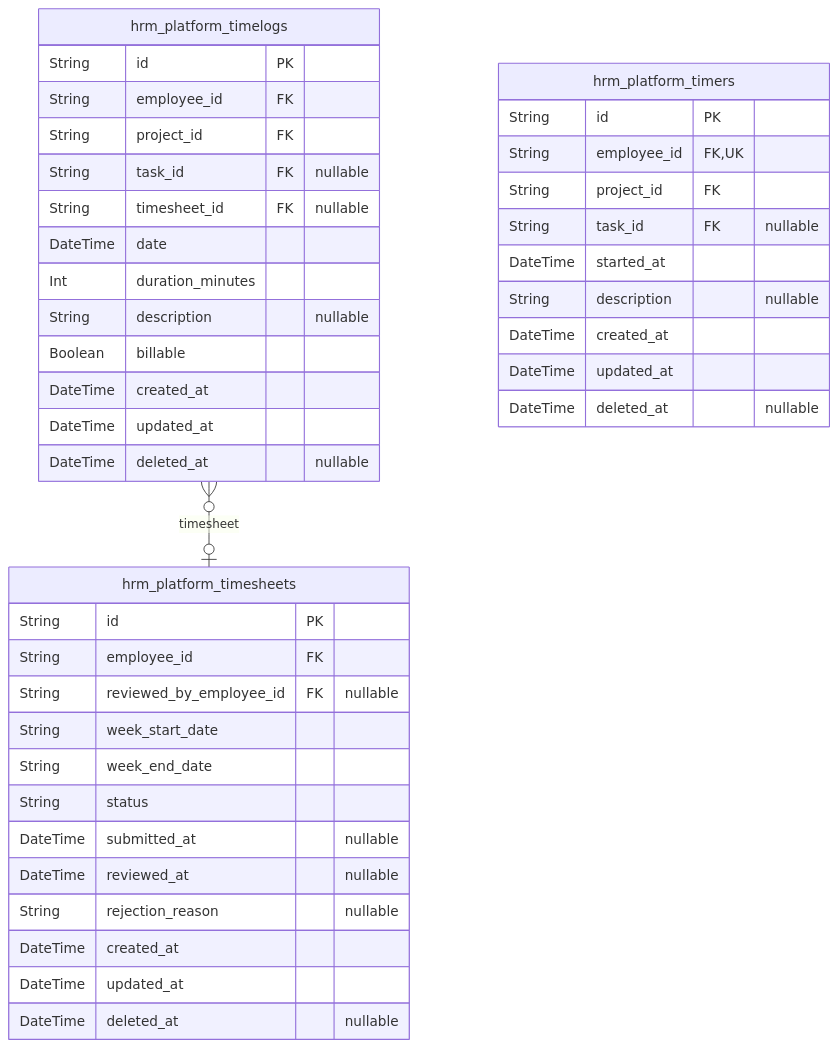
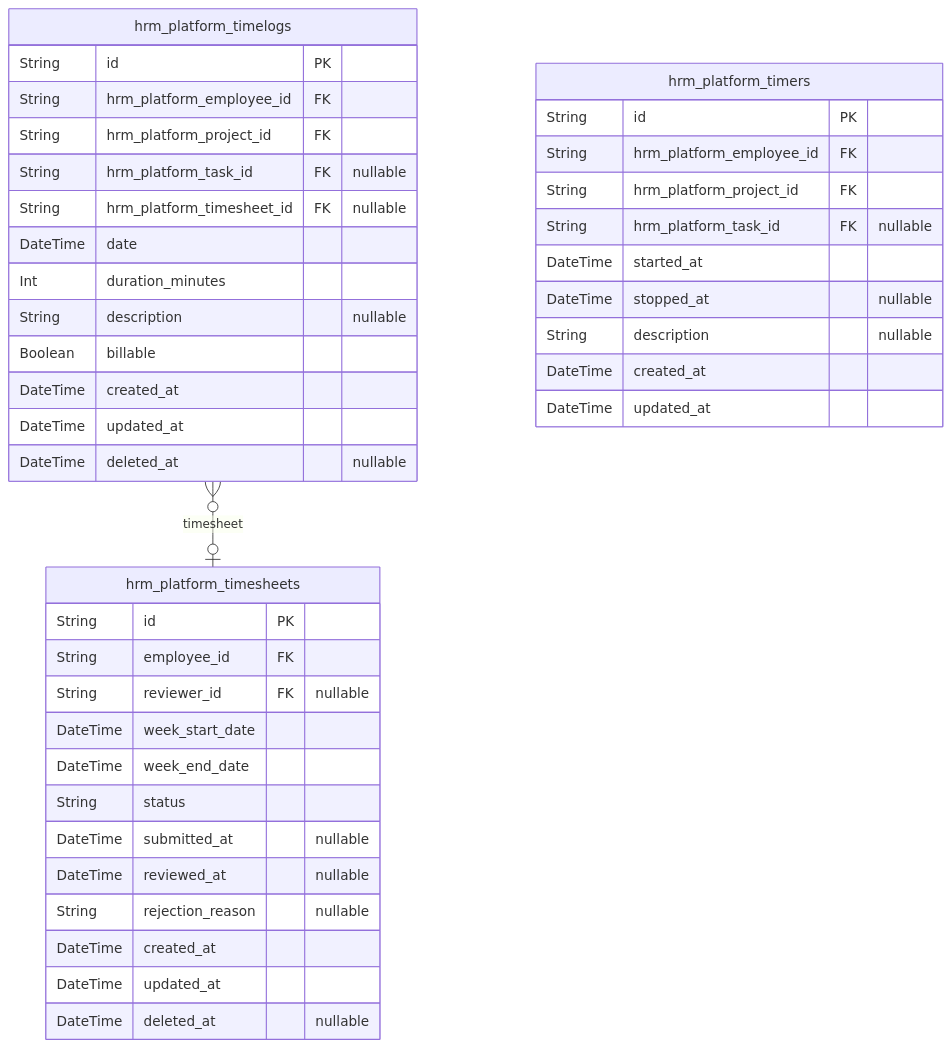
Before and after one commit to wrtnlabs/autobe-examples: the seventh of 8 diagrams in qwen/qwen3.5-397b-a17b/erp/docs/ERD.md, drawn with Mermaid. The commit also changed other lines of this file and 32093 other files, not shown here.

````diff
--- a/qwen/qwen3.5-397b-a17b/erp/docs/ERD.md
+++ b/qwen/qwen3.5-397b-a17b/erp/docs/ERD.md
@@ -610,43 +1412,43 @@
 ```mermaid
 erDiagram
 "hrm_platform_timelogs" {
   String id PK
-  String employee_id FK
-  String project_id FK
-  String task_id FK "nullable"
-  String timesheet_id FK "nullable"
+  String hrm_platform_employee_id FK
+  String hrm_platform_project_id FK
+  String hrm_platform_task_id FK "nullable"
+  String hrm_platform_timesheet_id FK "nullable"
   DateTime date
   Int duration_minutes
   String description "nullable"
   Boolean billable
   DateTime created_at
   DateTime updated_at
   DateTime deleted_at "nullable"
 }
 "hrm_platform_timesheets" {
   String id PK
   String employee_id FK
-  String reviewed_by_employee_id FK "nullable"
-  String week_start_date
-  String week_end_date
+  String reviewer_id FK "nullable"
+  DateTime week_start_date
+  DateTime week_end_date
   String status
   DateTime submitted_at "nullable"
   DateTime reviewed_at "nullable"
   String rejection_reason "nullable"
   DateTime created_at
   DateTime updated_at
   DateTime deleted_at "nullable"
 }
 "hrm_platform_timers" {
   String id PK
-  String employee_id FK,UK
-  String project_id FK
-  String task_id FK "nullable"
+  String hrm_platform_employee_id FK
+  String hrm_platform_project_id FK
+  String hrm_platform_task_id FK "nullable"
   DateTime started_at
+  DateTime stopped_at "nullable"
   String description "nullable"
   DateTime created_at
   DateTime updated_at
-  DateTime deleted_at "nullable"
 }
 "hrm_platform_timelogs" }o--o| "hrm_platform_timesheets" : timesheet
 ```
````
